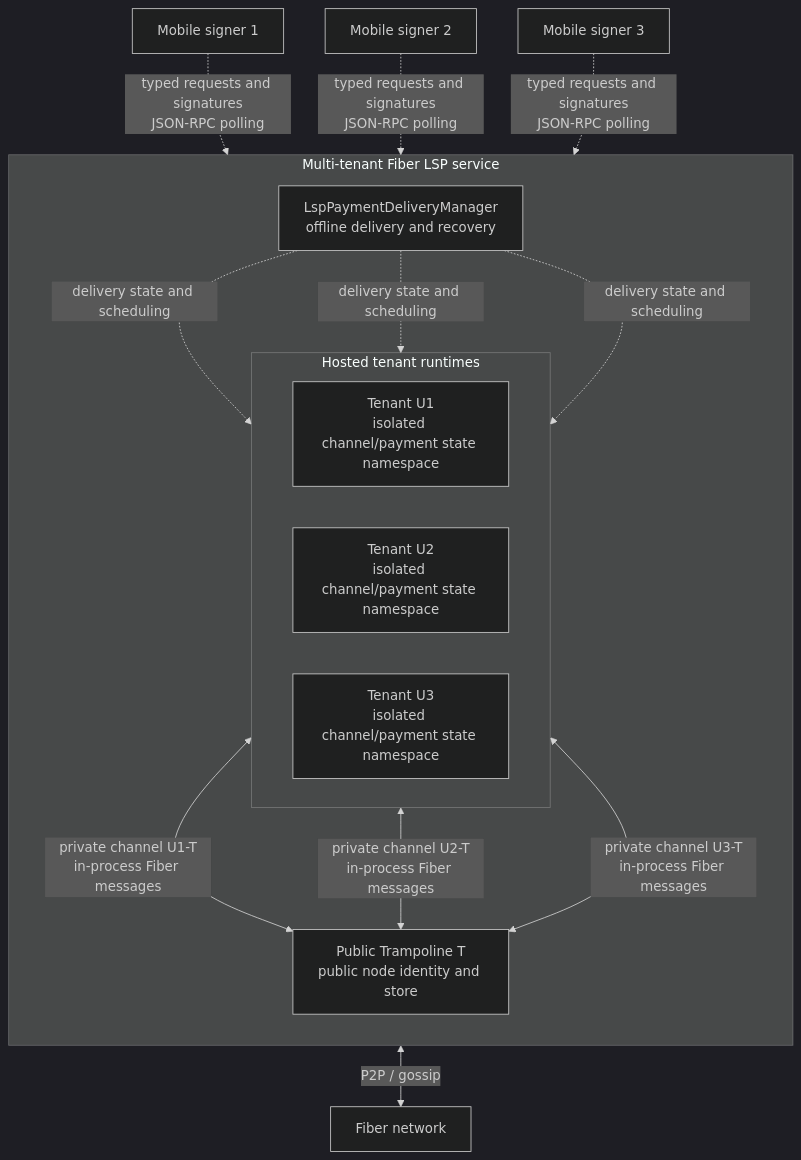
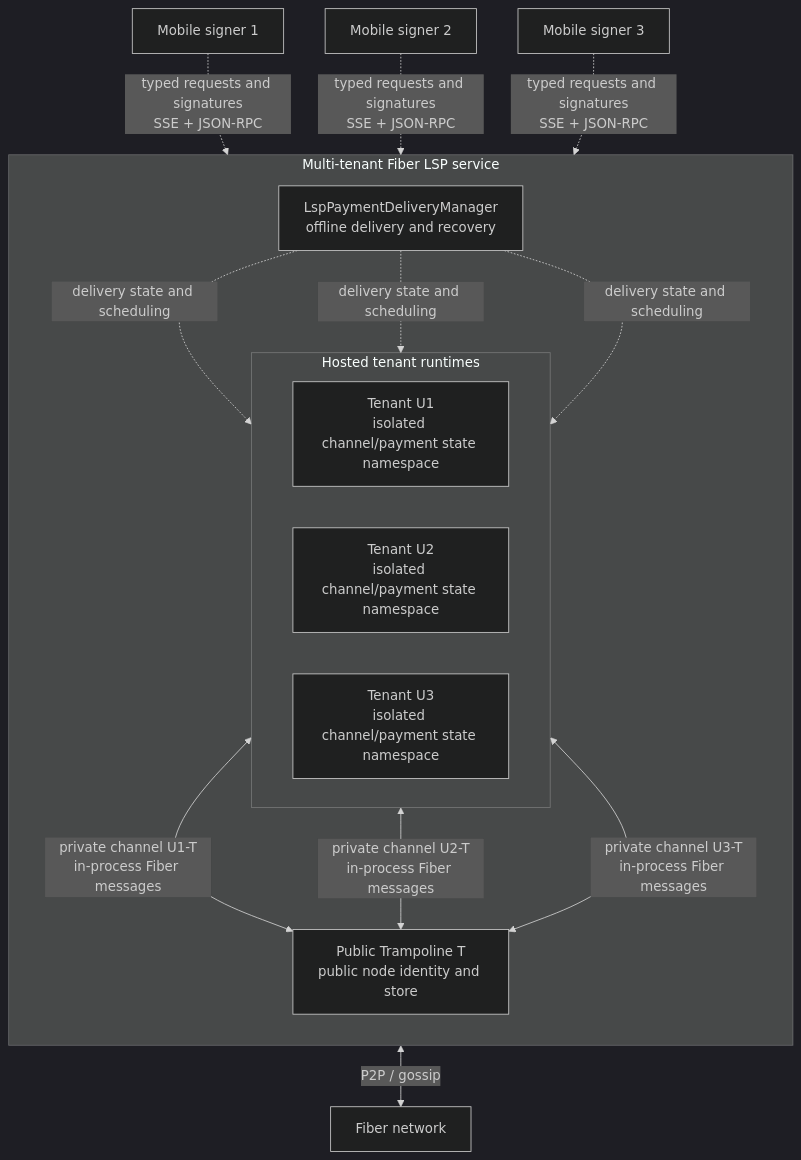
Before and after one commit to nervosnetwork/fiber: the diagram in docs/notes/hosted-lsp.md, drawn with Mermaid (dark theme). The commit also changed other lines of this file and 31 other files, not shown here.

First line of the commit message:
feat(lsp): stream tenant signing requests over SSE

````diff
--- a/docs/notes/hosted-lsp.md
+++ b/docs/notes/hosted-lsp.md
@@ -34,29 +34,29 @@
 ```mermaid
 flowchart TB
-    S1["Mobile signer 1"] -. "typed requests and signatures<br/>JSON-RPC polling" .-> U1
-    S2["Mobile signer 2"] -. "typed requests and signatures<br/>JSON-RPC polling" .-> U2
-    S3["Mobile signer 3"] -. "typed requests and signatures<br/>JSON-RPC polling" .-> U3
+    S1["Mobile signer 1"] -. "typed requests and signatures<br/>SSE + JSON-RPC" .-> U1
+    S2["Mobile signer 2"] -. "typed requests and signatures<br/>SSE + JSON-RPC" .-> U2
+    S3["Mobile signer 3"] -. "typed requests and signatures<br/>SSE + JSON-RPC" .-> U3
 
     subgraph LSP["Multi-tenant Fiber LSP service"]
         direction TB
         D["LspPaymentDeliveryManager<br/>offline delivery and recovery"]
 
         subgraph R["Hosted tenant runtimes"]
             direction LR
             U1["Tenant U1<br/>isolated channel/payment state namespace"]
             U2["Tenant U2<br/>isolated channel/payment state namespace"]
             U3["Tenant U3<br/>isolated channel/payment state namespace"]
         end
 
         T["Public Trampoline T<br/>public node identity and store"]
 
         D -. "delivery state and scheduling" .-> U1
         D -. "delivery state and scheduling" .-> U2
         D -. "delivery state and scheduling" .-> U3
         U1 <-->|"private channel U1-T<br/>in-process Fiber messages"| T
         U2 <-->|"private channel U2-T<br/>in-process Fiber messages"| T
         U3 <-->|"private channel U3-T<br/>in-process Fiber messages"| T
     end
 
     T <-->|"P2P / gossip"| N["Fiber network"]
 ```
````
